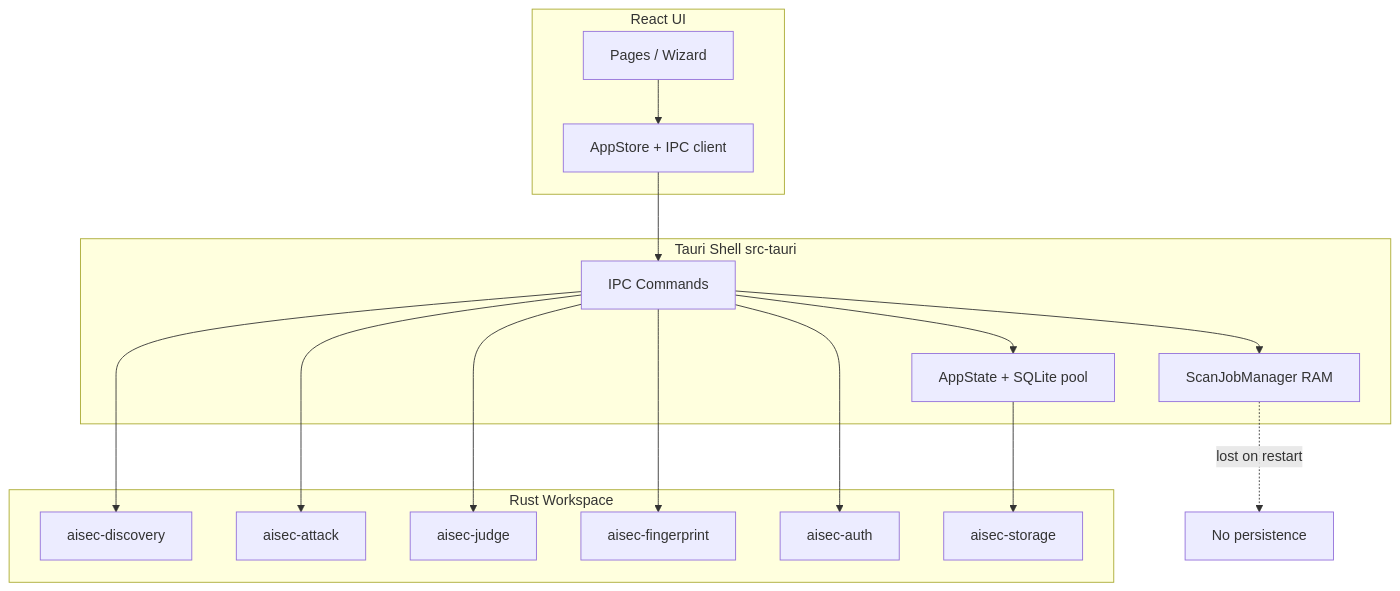
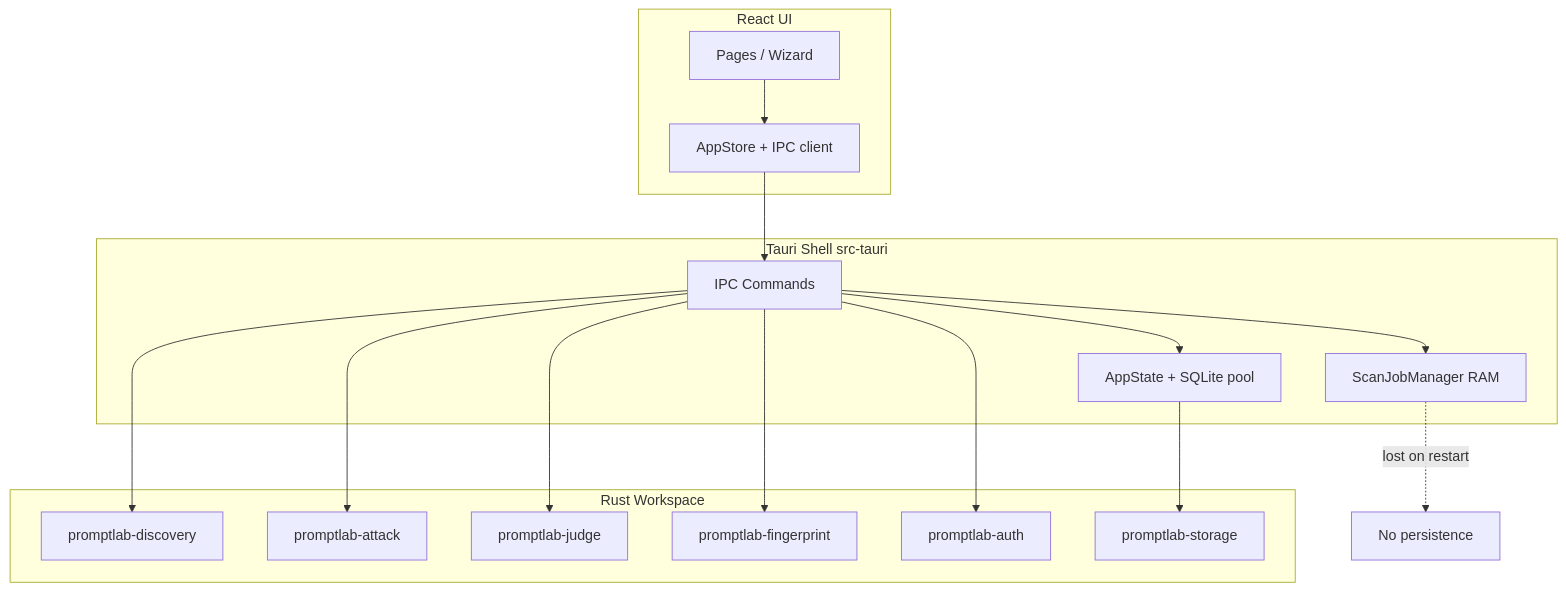
Before and after one commit to YangYang-Research/yang-promptlab: the diagram in docs/PRODUCTION_READINESS_REPORT.md, drawn with Mermaid. The commit also changed other lines of this file and 352 other files, not shown here.

First line of the commit message:
feat(promptlab): migrate from AISec to PromptLab framework

````diff
--- a/docs/PRODUCTION_READINESS_REPORT.md
+++ b/docs/PRODUCTION_READINESS_REPORT.md
@@ -27,33 +27,33 @@
 ```mermaid
 flowchart TB
   subgraph ui [React UI]
     Pages[Pages / Wizard]
     Store[AppStore + IPC client]
   end
 
   subgraph tauri [Tauri Shell src-tauri]
     IPC[IPC Commands]
     Jobs[ScanJobManager RAM]
     State[AppState + SQLite pool]
   end
 
   subgraph crates [Rust Workspace]
-    DISC[aisec-discovery]
-    ATK[aisec-attack]
-    JUD[aisec-judge]
-    FP[aisec-fingerprint]
-    AUTH[aisec-auth]
-    STO[aisec-storage]
+    DISC[promptlab-discovery]
+    ATK[promptlab-attack]
+    JUD[promptlab-judge]
+    FP[promptlab-fingerprint]
+    AUTH[promptlab-auth]
+    STO[promptlab-storage]
   end
 
   Pages --> Store --> IPC
   IPC --> State
   IPC --> Jobs
   IPC --> DISC
   IPC --> ATK
   IPC --> JUD
   IPC --> FP
   IPC --> AUTH
   State --> STO
   Jobs -.->|lost on restart| X[No persistence]
 ```
````
